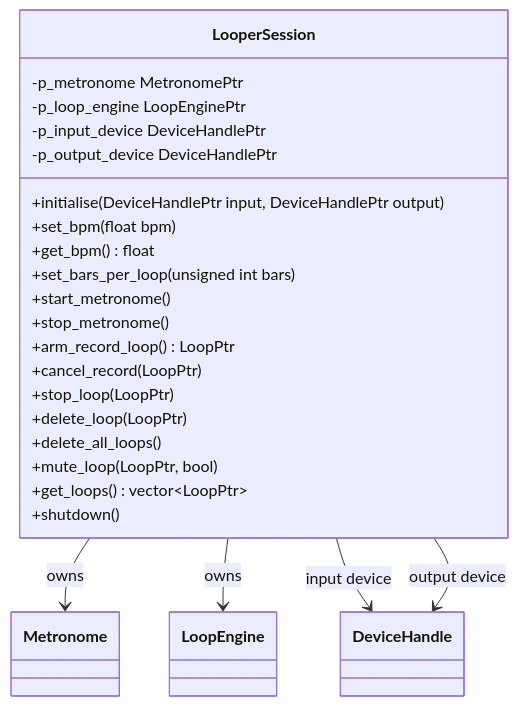
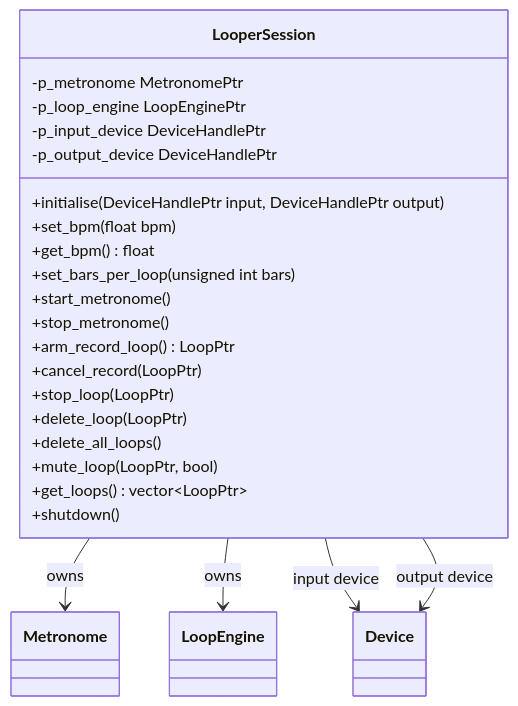
One commit to aidan-clyens/miniaudioengine changed diagram 14 of 19 in docs/LOOPER_DESIGN_DOC.md. Above: the diagram before and after it, drawn with Mermaid. The commit also changed 146 other files, not shown here.

````diff
--- a/docs/LOOPER_DESIGN_DOC.md
+++ b/docs/LOOPER_DESIGN_DOC.md
@@ -424,29 +424,29 @@
 ```mermaid caption="LooperSession Class Diagram" width=80%
 classDiagram
 
     class LooperSession {
         +initialise(DeviceHandlePtr input, DeviceHandlePtr output)
         +set_bpm(float bpm)
         +get_bpm() float
         +set_bars_per_loop(unsigned int bars)
         +start_metronome()
         +stop_metronome()
         +arm_record_loop() LoopPtr
         +cancel_record(LoopPtr)
         +stop_loop(LoopPtr)
         +delete_loop(LoopPtr)
         +delete_all_loops()
         +mute_loop(LoopPtr, bool)
         +get_loops() vector~LoopPtr~
         +shutdown()
         -p_metronome MetronomePtr
         -p_loop_engine LoopEnginePtr
         -p_input_device DeviceHandlePtr
         -p_output_device DeviceHandlePtr
     }
 
     LooperSession --> Metronome : owns
     LooperSession --> LoopEngine : owns
-    LooperSession --> DeviceHandle : input device
-    LooperSession --> DeviceHandle : output device
+    LooperSession --> Device : input device
+    LooperSession --> Device : output device
 ```
````
